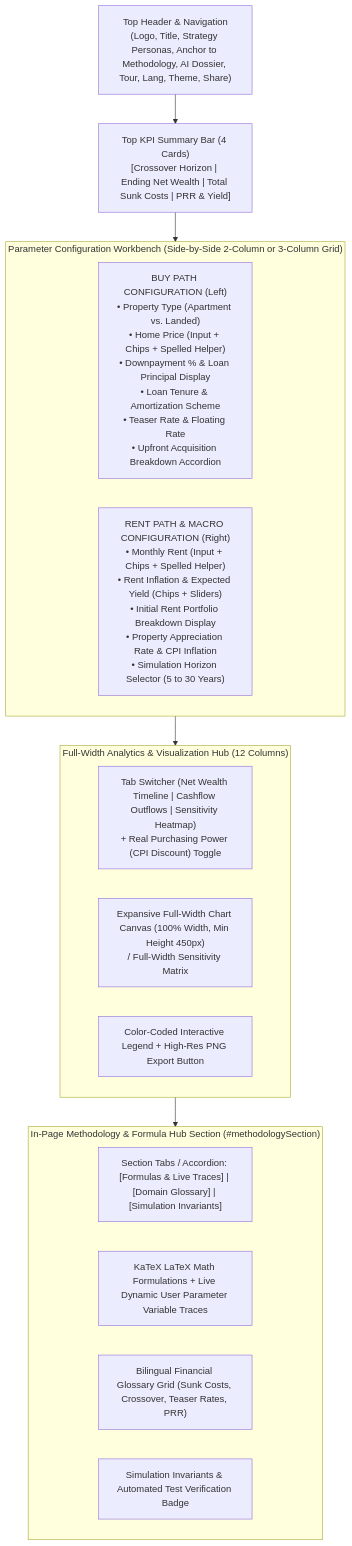
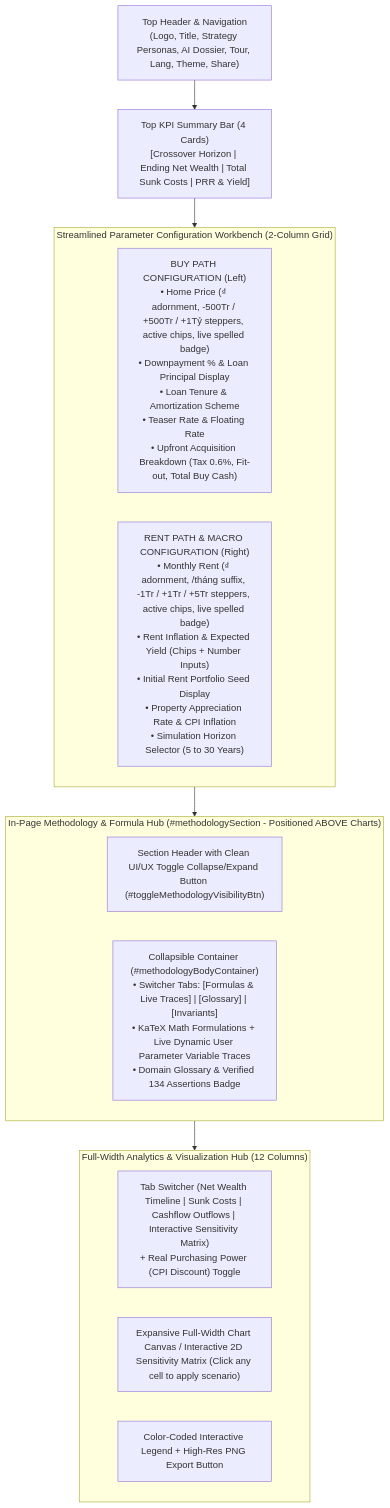
The second of 2 diagrams in buy-vs-rent-home-comparison/buy-home-research.md (thanhtrixx/html-standalone-tools), drawn with Mermaid before and after one commit. The commit also changed other lines of this file and 6 other files, not shown here.

Commit message:
fix(buy-vs-rent): clarify Sensitivity Matrix UI state, add in-tab export and toast timeline navigation (#125)

````diff
--- a/buy-vs-rent-home-comparison/buy-home-research.md
+++ b/buy-vs-rent-home-comparison/buy-home-research.md
@@ -81,28 +81,26 @@
 ```mermaid
 flowchart TD
-    Header["Top Header & Navigation<br/>(Logo, Title, Strategy Personas, Anchor to Methodology, AI Dossier, Tour, Lang, Theme, Share)"]
+    Header["Top Header & Navigation<br/>(Logo, Title, Strategy Personas, AI Dossier, Tour, Lang, Theme, Share)"]
     KPI["Top KPI Summary Bar (4 Cards)<br/>[Crossover Horizon | Ending Net Wealth | Total Sunk Costs | PRR & Yield]"]
 
-    subgraph Inputs["Parameter Configuration Workbench (Side-by-Side 2-Column or 3-Column Grid)"]
-        BuyCol["BUY PATH CONFIGURATION (Left)<br/>• Property Type (Apartment vs. Landed)<br/>• Home Price (Input + Chips + Spelled Helper)<br/>• Downpayment % & Loan Principal Display<br/>• Loan Tenure & Amortization Scheme<br/>• Teaser Rate & Floating Rate<br/>• Upfront Acquisition Breakdown Accordion"]
-        RentCol["RENT PATH & MACRO CONFIGURATION (Right)<br/>• Monthly Rent (Input + Chips + Spelled Helper)<br/>• Rent Inflation & Expected Yield (Chips + Sliders)<br/>• Initial Rent Portfolio Breakdown Display<br/>• Property Appreciation Rate & CPI Inflation<br/>• Simulation Horizon Selector (5 to 30 Years)"]
+    subgraph Inputs["Streamlined Parameter Configuration Workbench (2-Column Grid)"]
+        BuyCol["BUY PATH CONFIGURATION (Left)<br/>• Home Price (₫ adornment, -500Tr / +500Tr / +1Tỷ steppers, active chips, live spelled badge)<br/>• Downpayment % & Loan Principal Display<br/>• Loan Tenure & Amortization Scheme<br/>• Teaser Rate & Floating Rate<br/>• Upfront Acquisition Breakdown (Tax 0.6%, Fit-out, Total Buy Cash)"]
+        RentCol["RENT PATH & MACRO CONFIGURATION (Right)<br/>• Monthly Rent (₫ adornment, /tháng suffix, -1Tr / +1Tr / +5Tr steppers, active chips, live spelled badge)<br/>• Rent Inflation & Expected Yield (Chips + Number Inputs)<br/>• Initial Rent Portfolio Seed Display<br/>• Property Appreciation Rate & CPI Inflation<br/>• Simulation Horizon Selector (5 to 30 Years)"]
+    end
+
+    subgraph Methodology["In-Page Methodology & Formula Hub (#methodologySection - Positioned ABOVE Charts)"]
+        MethHeader["Section Header with Clean UI/UX Toggle Collapse/Expand Button (#toggleMethodologyVisibilityBtn)"]
+        MethBody["Collapsible Container (#methodologyBodyContainer)<br/>• Switcher Tabs: [Formulas & Live Traces] | [Glossary] | [Invariants]<br/>• KaTeX Math Formulations + Live Dynamic User Parameter Variable Traces<br/>• Domain Glossary & Verified 134 Assertions Badge"]
     end
 
     subgraph Analytics["Full-Width Analytics & Visualization Hub (12 Columns)"]
-        AnalyticsHeader["Tab Switcher (Net Wealth Timeline | Cashflow Outflows | Sensitivity Heatmap)<br/>+ Real Purchasing Power (CPI Discount) Toggle"]
-        CanvasContainer["Expansive Full-Width Chart Canvas (100% Width, Min Height 450px)<br/>/ Full-Width Sensitivity Matrix"]
+        AnalyticsHeader["Tab Switcher (Net Wealth Timeline | Sunk Costs | Cashflow Outflows | Interactive Sensitivity Matrix)<br/>+ Real Purchasing Power (CPI Discount) Toggle"]
+        CanvasContainer["Expansive Full-Width Chart Canvas / Interactive 2D Sensitivity Matrix (Click any cell to apply scenario)"]
         AnalyticsFooter["Color-Coded Interactive Legend + High-Res PNG Export Button"]
-    end
-
-    subgraph Methodology["In-Page Methodology & Formula Hub Section (#methodologySection)"]
-        MethNav["Section Tabs / Accordion: [Formulas & Live Traces] | [Domain Glossary] | [Simulation Invariants]"]
-        MethFormulas["KaTeX LaTeX Math Formulations + Live Dynamic User Parameter Variable Traces"]
-        MethGlossary["Bilingual Financial Glossary Grid (Sunk Costs, Crossover, Teaser Rates, PRR)"]
-        MethInvariants["Simulation Invariants & Automated Test Verification Badge"]
     end
 
     Header --> KPI
     KPI --> Inputs
-    Inputs --> Analytics
-    Analytics --> Methodology
+    Inputs --> Methodology
+    Methodology --> Analytics
 ```
````
